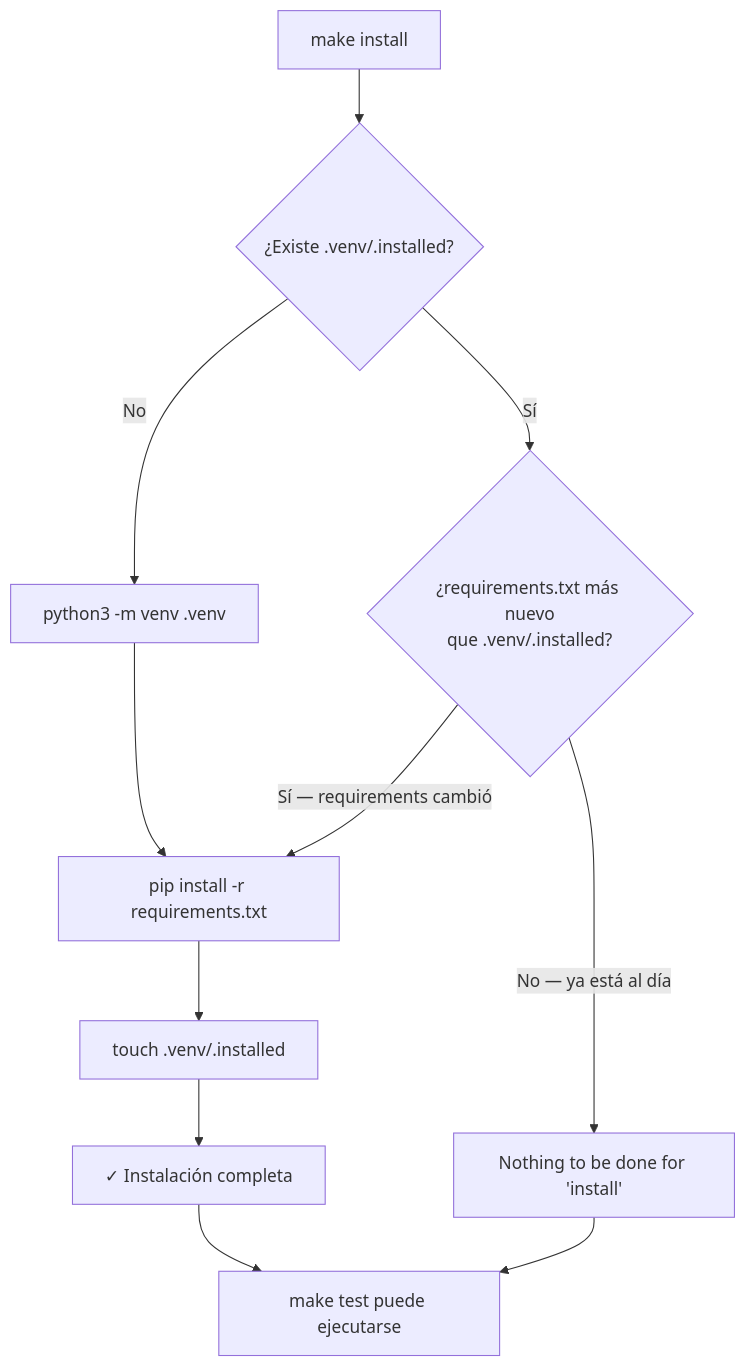
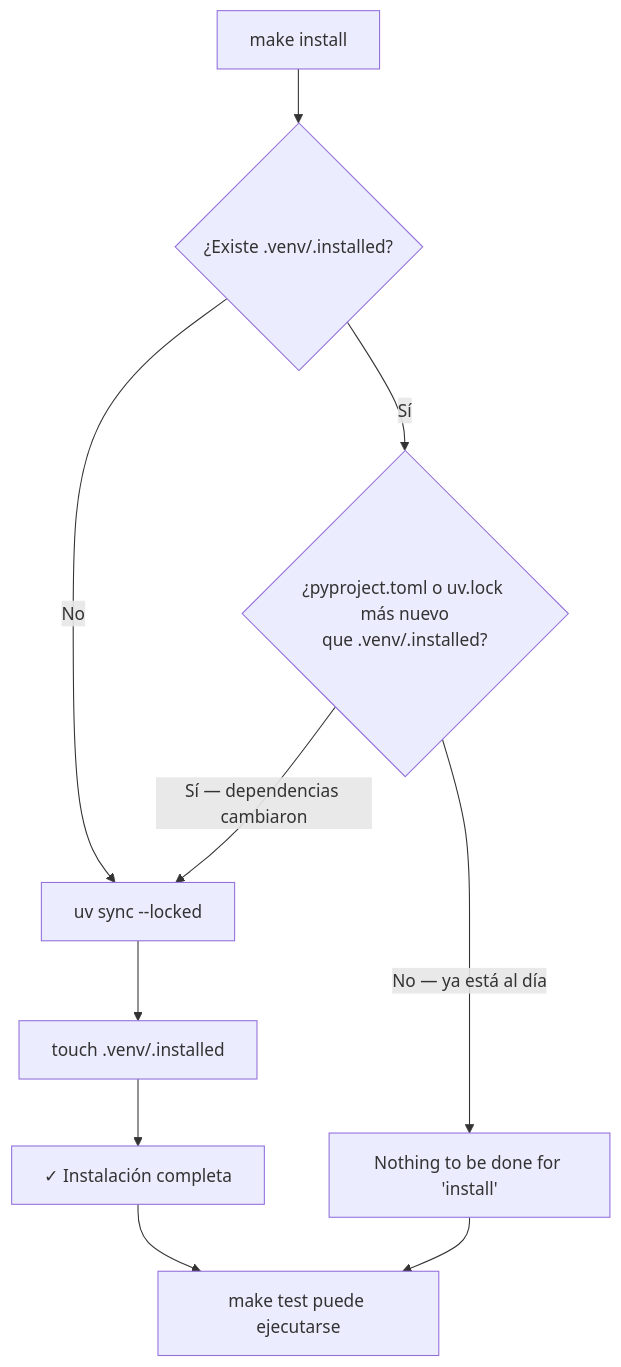
One commit to ergrato-dev/bc-makefile changed the diagram in bootcamp/week-11-makefiles_para_proyectos_modernos/0-assets/02-flujo-sentinel-file.md. Above: the diagram before and after it, drawn with Mermaid. The commit also changed other lines of this file and 100 other files, not shown here.

First line of the commit message:
fix(vigencia): Python con uv en todo el bootcamp, nunca pip

````diff
--- a/bootcamp/week-11-makefiles_para_proyectos_modernos/0-assets/02-flujo-sentinel-file.md
+++ b/bootcamp/week-11-makefiles_para_proyectos_modernos/0-assets/02-flujo-sentinel-file.md
@@ -3,13 +3,13 @@
 ```mermaid
 flowchart TD
     A[make install] --> B{¿Existe .venv/.installed?}
-    B -->|No| C[python3 -m venv .venv]
-    B -->|Sí| D{¿requirements.txt más nuevo\nque .venv/.installed?}
-    C --> E[pip install -r requirements.txt]
+    B -->|No| E
+    B -->|Sí| D{¿pyproject.toml o uv.lock más nuevo\nque .venv/.installed?}
+    E[uv sync --locked]
     E --> F[touch .venv/.installed]
     F --> G[✓ Instalación completa]
-    D -->|Sí — requirements cambió| E
+    D -->|Sí — dependencias cambiaron| E
     D -->|No — ya está al día| H[Nothing to be done for 'install']
     G --> I[make test puede ejecutarse]
     H --> I
 ```
````
